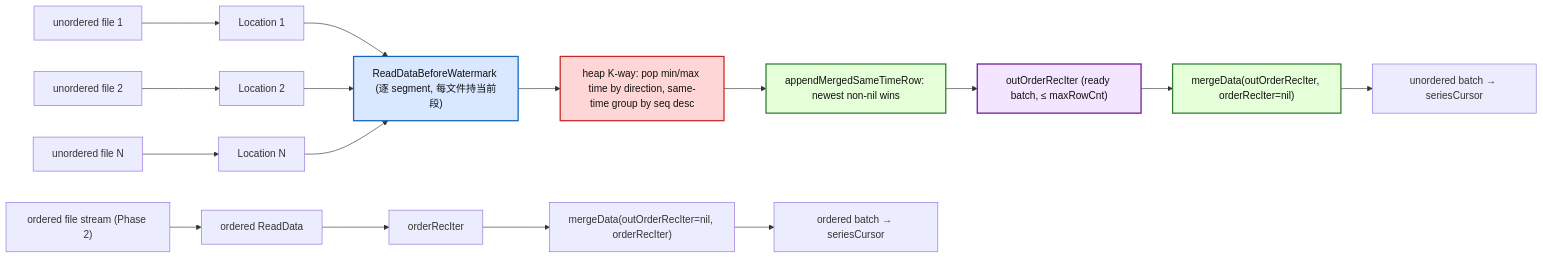
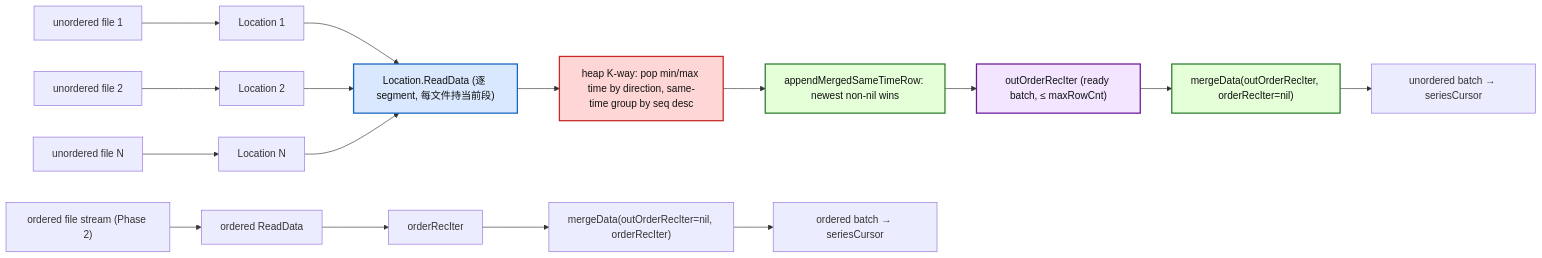
Before and after one commit to zhiwangdu/openGemini: the fifth of 8 diagrams in tsmMergeCursor_unordered_merge_proposal.md, drawn with Mermaid. The commit also changed other lines of this file and 6 other files, not shown here.

````diff
--- a/tsmMergeCursor_unordered_merge_proposal.md
+++ b/tsmMergeCursor_unordered_merge_proposal.md
@@ -322,31 +321,31 @@
 ```mermaid
 flowchart LR
     U1["unordered file 1"] --> L1["Location 1"]
     U2["unordered file 2"] --> L2["Location 2"]
     UN["unordered file N"] --> LN["Location N"]
 
-    L1 --> W["ReadDataBeforeWatermark (逐 segment, 每文件持当前段)"]
+    L1 --> W["Location.ReadData (逐 segment, 每文件持当前段)"]
     L2 --> W
     LN --> W
     W --> H["heap K-way: pop min/max time by direction, same-time group by seq desc"]
     H --> SG["appendMergedSameTimeRow: newest non-nil wins"]
     SG --> RB["outOrderRecIter (ready batch, ≤ maxRowCnt)"]
 
     RB --> MD["mergeData(outOrderRecIter, orderRecIter=nil)"]
     MD --> OUT1["unordered batch → seriesCursor"]
 
     OF["ordered file stream (Phase 2)"] --> OC["ordered ReadData"]
     OC --> OR["orderRecIter"]
     OR --> MD2["mergeData(outOrderRecIter=nil, orderRecIter)"]
     MD2 --> OUT2["ordered batch → seriesCursor"]
 
     W:::io
     H:::hot
     SG:::cpu
     RB:::mem
     MD:::cpu
     classDef hot fill:#ffd6d6,stroke:#c62828,stroke-width:2px,color:#111;
     classDef io fill:#d9e8ff,stroke:#1565c0,stroke-width:2px,color:#111;
     classDef cpu fill:#e5ffd8,stroke:#2e7d32,stroke-width:2px,color:#111;
     classDef mem fill:#f3e5ff,stroke:#6a1b9a,stroke-width:2px,color:#111;
 ```
````
